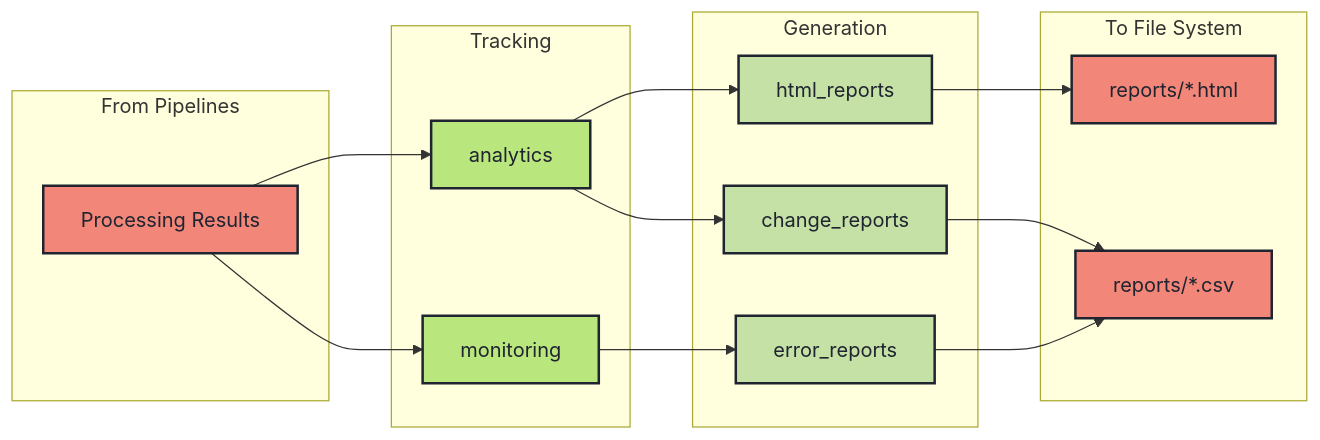
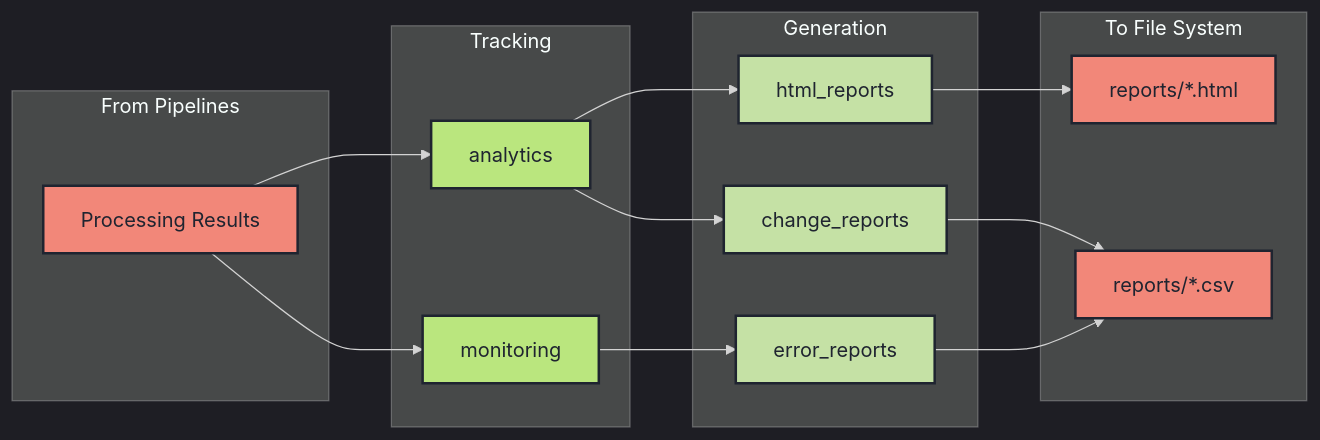
Before and after one commit to barad1tos/GenreUpdater: the eighth of 8 diagrams in README.md, drawn with Mermaid. The commit also changed other lines of this file, not shown here.

First line of the commit message:
feat(docs): add dark theme init directives to all mermaid diagrams

````diff
--- a/README.md
+++ b/README.md
@@ -651,34 +658,35 @@
 ```mermaid
+%%{init: {'theme': 'dark', 'themeVariables': {'background': '#262c3b', 'primaryColor': '#5CCFE6', 'primaryTextColor': '#CCCAC2'}}}%%
 graph LR
     subgraph Input["From Pipelines"]
         Data[Processing Results]
     end
 
     subgraph Analytics["Tracking"]
         AN[analytics]
         MO[monitoring]
     end
 
     subgraph Reports["Generation"]
         HR[html_reports]
         CR[change_reports]
         ER[error_reports]
     end
 
     subgraph Output["To File System"]
         HTML[reports/*.html]
         CSV[reports/*.csv]
     end
 
     Data --> AN & MO
     AN --> HR & CR
     MO --> ER
     HR --> HTML
     CR & ER --> CSV
     classDef io fill:#F28779, stroke:#1F2430, stroke-width:2px, color:#1F2430
     classDef track fill:#BAE67E, stroke:#1F2430, stroke-width:2px, color:#1F2430
     classDef report fill:#C5E1A5, stroke:#1F2430, stroke-width:2px, color:#1F2430
     class Data,HTML,CSV io
     class AN,MO track
     class HR,CR,ER report
 ```
````
